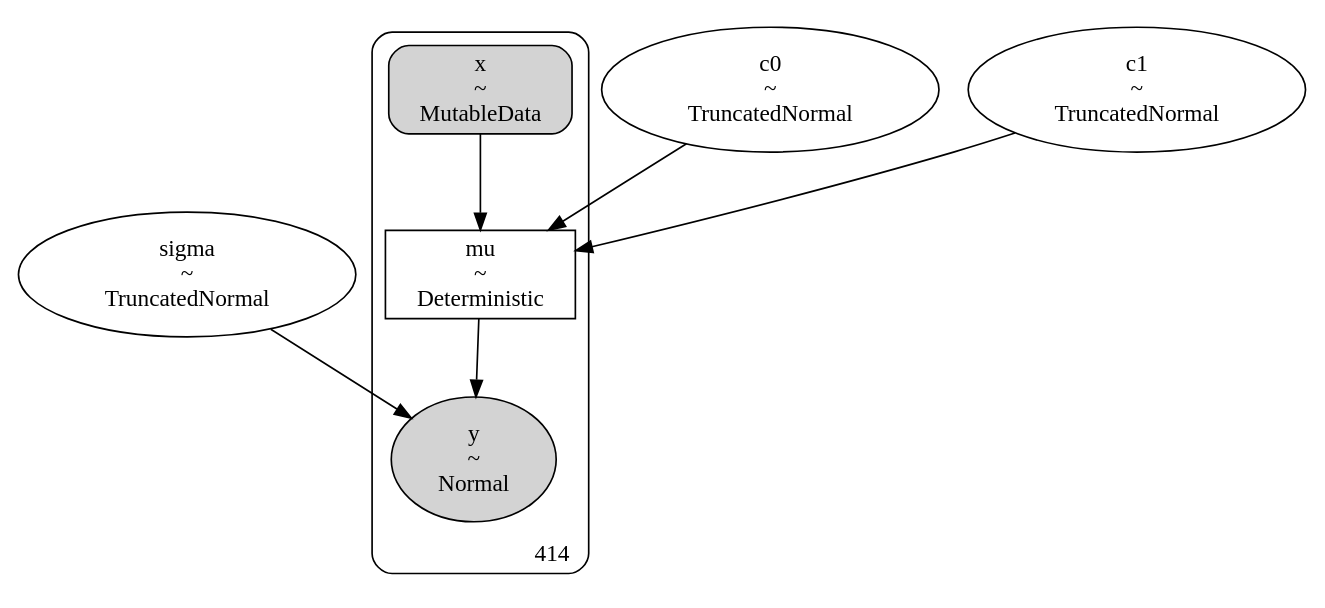
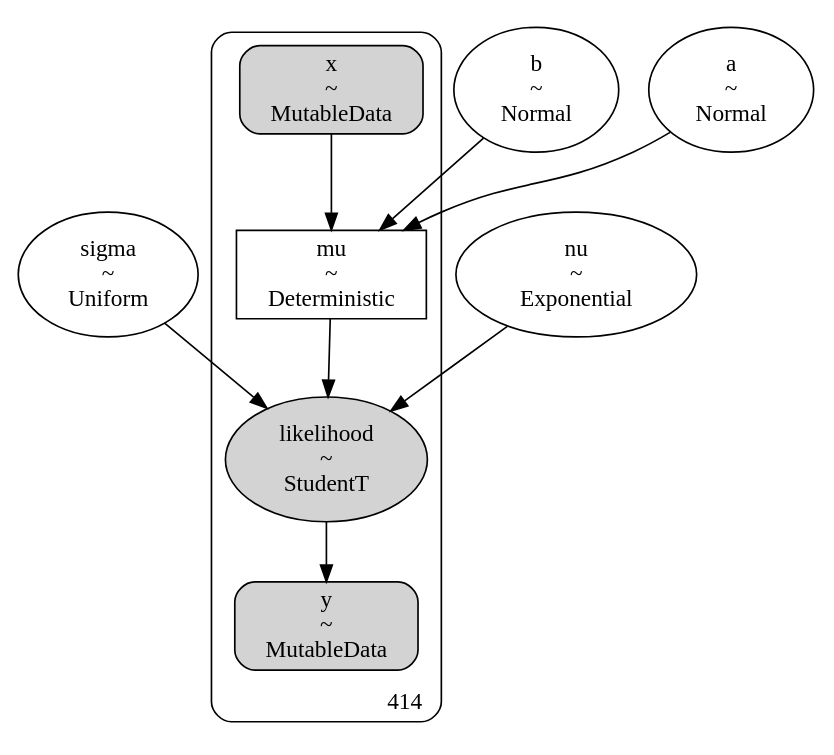
The diagram in .gv (MacBeth-M/CS146-Project-1---Linear-Regression), drawn with Graphviz before and after one commit. The commit also changed 2 other files, not shown here.

```diff
--- a/.gv
+++ b/.gv
@@ -1,28 +1,36 @@
 digraph {
 	sigma [label="sigma
 ~
-TruncatedNormal" shape=ellipse]
-	c0 [label="c0
+Uniform" shape=ellipse]
+	b [label="b
 ~
-TruncatedNormal" shape=ellipse]
-	c1 [label="c1
+Normal" shape=ellipse]
+	a [label="a
 ~
-TruncatedNormal" shape=ellipse]
+Normal" shape=ellipse]
+	nu [label="nu
+~
+Exponential" shape=ellipse]
 	subgraph cluster414 {
 		y [label="y
 ~
-Normal" shape=ellipse style=filled]
+MutableData" shape=box style="rounded, filled"]
 		x [label="x
 ~
 MutableData" shape=box style="rounded, filled"]
+		likelihood [label="likelihood
+~
+StudentT" shape=ellipse style=filled]
 		mu [label="mu
 ~
 Deterministic" shape=box]
 		label=414 labeljust=r labelloc=b style=rounded
 	}
-	c0 -> mu
+	likelihood -> y
 	x -> mu
-	c1 -> mu
-	sigma -> y
-	mu -> y
+	b -> mu
+	a -> mu
+	sigma -> likelihood
+	mu -> likelihood
+	nu -> likelihood
 }
```
